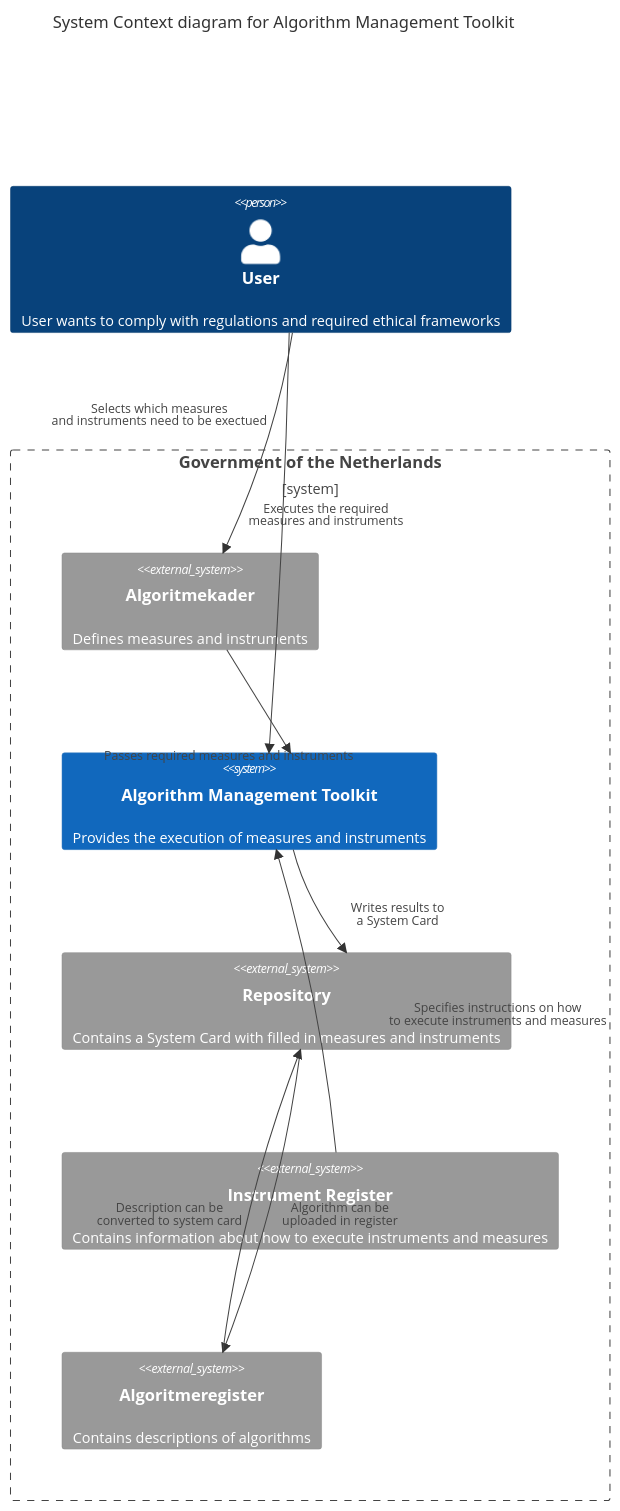
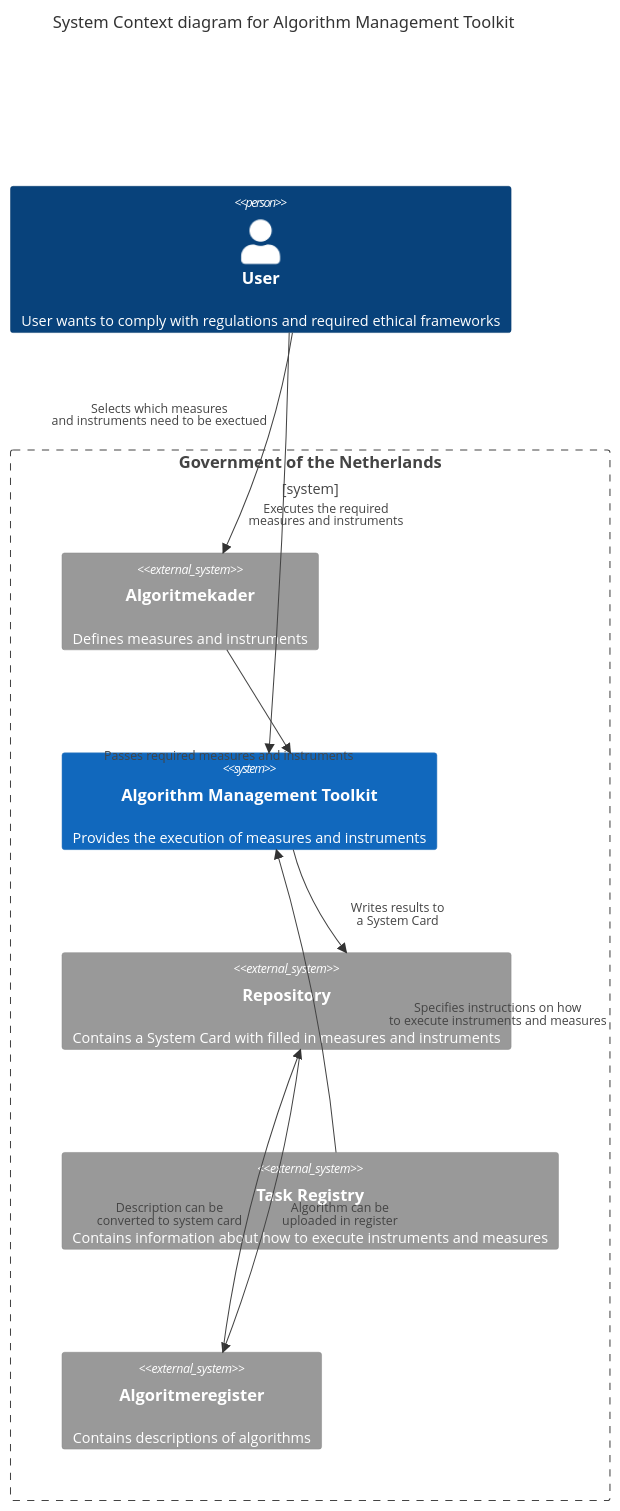
One commit to MinBZK/amt changed the first of 3 diagrams in docs/architecture/architecture.md. Above: the diagram before and after it, drawn with Mermaid. The commit also changed other lines of this file and 5 other files, not shown here.

Commit message:
Rename Instrument Register to Task Registry

````diff
--- a/docs/architecture/architecture.md
+++ b/docs/architecture/architecture.md
@@ -26,42 +26,42 @@
 ```mermaid
 C4Context
     title System Context diagram for Algorithm Management Toolkit
     Boundary(b0, "Government of the Netherlands") {
         System_Ext(Algoritmekader, "Algoritmekader", "Defines measures and instruments")
         System(AMT, "Algorithm Management Toolkit", "Provides the execution of measures and instruments")
         System_Ext(Repository, "Repository", "Contains a System Card with filled in measures and instruments")
-        System_Ext(InstrumentRegister, "Instrument Register", "Contains information about how to execute instruments and measures")
+        System_Ext(TaskRegistry, "Task Registry", "Contains information about how to execute instruments and measures")
         System_Ext(Algoritmeregister, "Algoritmeregister", "Contains descriptions of algorithms")
 
     }
 
     Person(user0, "User", "User wants to comply with regulations and required
     ethical frameworks")
 
 
     Rel(Algoritmekader, AMT, "Passes required measures and instruments")
     UpdateRelStyle(Algoritmekader, AMT, $offsetY="50", $offsetX="-150")
 
     Rel(AMT, Repository, "Writes results to <br/>a System Card")
     UpdateRelStyle(AMT, Repository, $offsetY="10", $offsetX="30")
 
 
 
-    Rel(InstrumentRegister, AMT, "Specifies instructions on how <br/>to execute instruments and measures")
-    UpdateRelStyle(InstrumentRegister, AMT, $offsetY="10", $offsetX="80")
+    Rel(TaskRegistry, AMT, "Specifies instructions on how <br/>to execute instruments and measures")
+    UpdateRelStyle(TaskRegistry, AMT, $offsetY="10", $offsetX="80")
 
     Rel(Repository, Algoritmeregister, "Algorithm can be <br/> uploaded in register")
     UpdateRelStyle(Repository, Algoritmeregister, $offsetY="10", $offsetX="20")
 
     Rel(Algoritmeregister, Repository, "Description can be <br/> converted to system card")
     UpdateRelStyle(Algoritmeregister, Repository, $offsetY="10", $offsetX="-160")
 
 
     Rel(user0, Algoritmekader, "Selects which measures <br/>and instruments need to be exectued")
     UpdateRelStyle(user0, Algoritmekader, $offsetY="-30", $offsetX="-200")
 
     Rel(user0, AMT, "Executes the required <br/>measures and instruments")
     UpdateRelStyle(user0, AMT, $offsetY="-30", $offsetX="-30")
 
     UpdateLayoutConfig($c4ShapeInRow="2", $c4BoundaryInRow="2")
 ```
````
